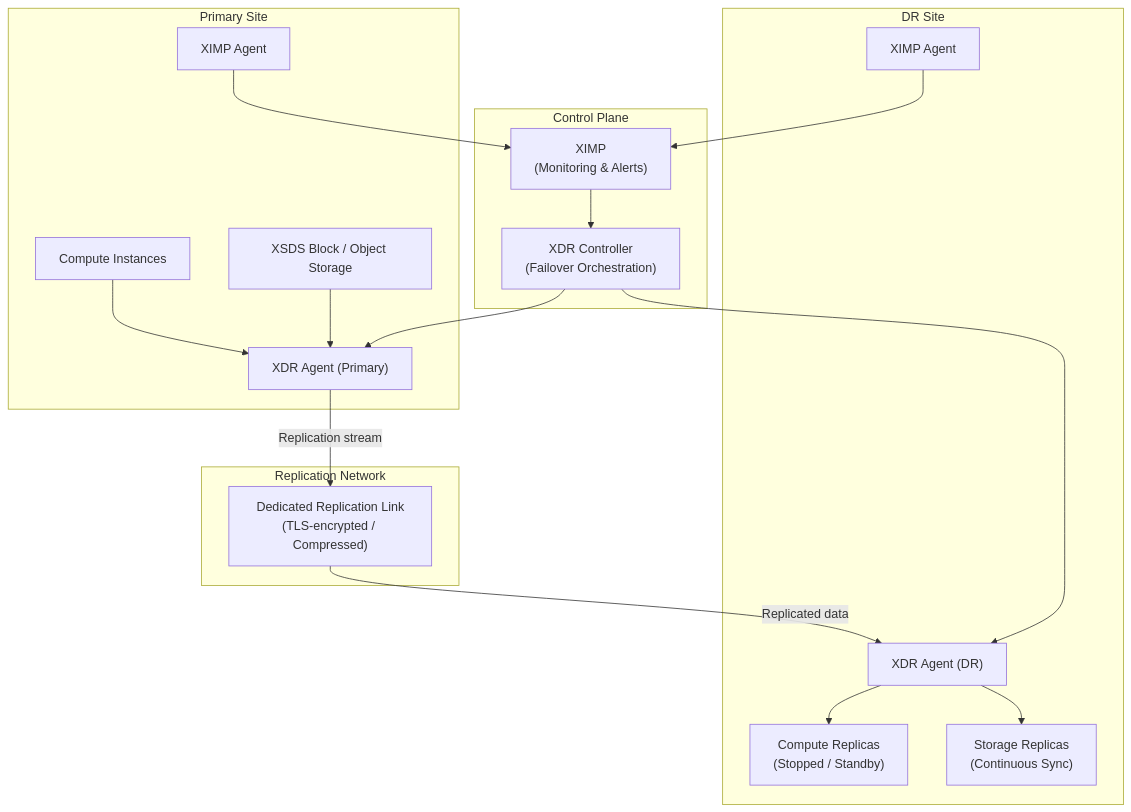
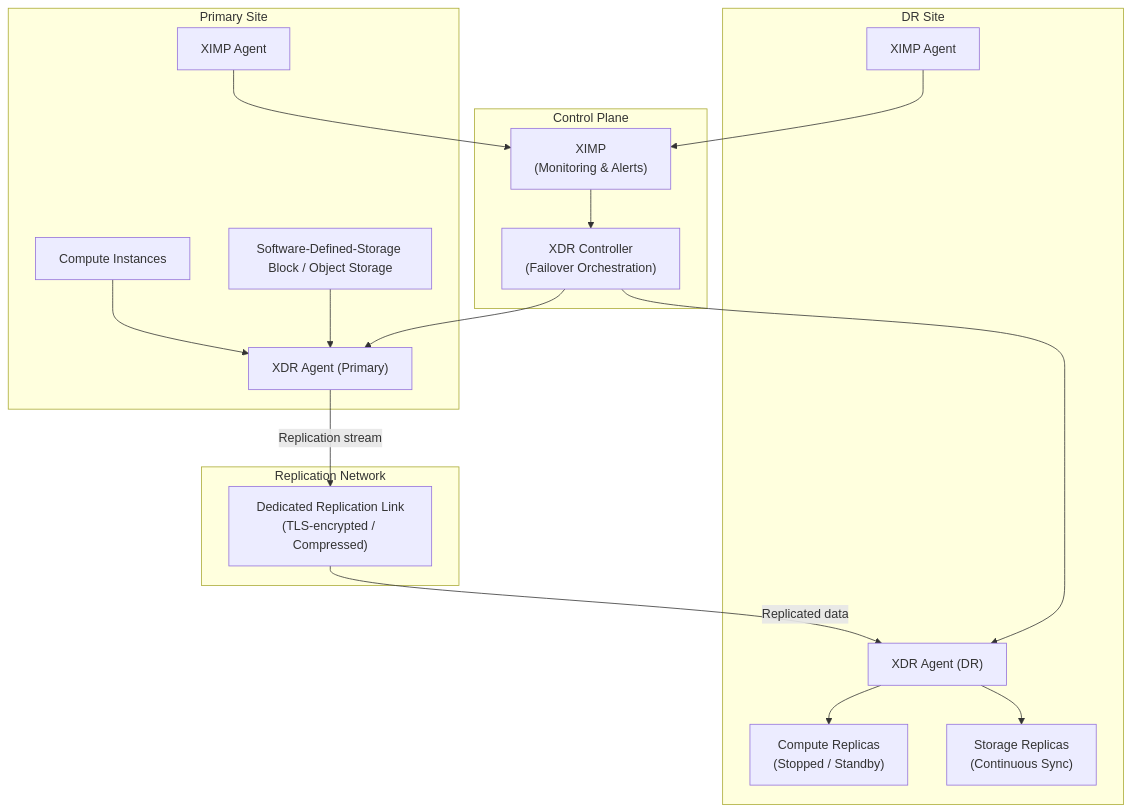
The diagram in services/disaster-recovery/admin-guide/architecture.mdx (ankur-kumar87/docs-polystack), drawn with Mermaid before and after one commit. The commit also changed other lines of this file and 425 other files, not shown here.

````diff
--- a/services/disaster-recovery/admin-guide/architecture.mdx
+++ b/services/disaster-recovery/admin-guide/architecture.mdx
@@ -25,37 +25,37 @@
 ```mermaid
 graph TD
     subgraph Primary["Primary Site"]
         PA["Compute Instances"]
-        PS["XSDS Block / Object Storage"]
+        PS["Software-Defined-Storage Block / Object Storage"]
         PC["XDR Agent (Primary)"]
         PM["XIMP Agent"]
     end
 
     subgraph Network["Replication Network"]
         LINK["Dedicated Replication Link\n(TLS-encrypted / Compressed)"]
     end
 
     subgraph DR["DR Site"]
         DA["Compute Replicas\n(Stopped / Standby)"]
         DS["Storage Replicas\n(Continuous Sync)"]
         DC["XDR Agent (DR)"]
         DM["XIMP Agent"]
     end
 
     subgraph Control["Control Plane"]
         XDR["XDR Controller\n(Failover Orchestration)"]
         XIMP["XIMP\n(Monitoring & Alerts)"]
     end
 
     PA --> PC
     PS --> PC
     PC -->|Replication stream| LINK
     LINK -->|Replicated data| DC
     DC --> DA
     DC --> DS
     PM --> XIMP
     DM --> XIMP
     XDR --> PC
     XDR --> DC
     XIMP --> XDR
 ```
````
